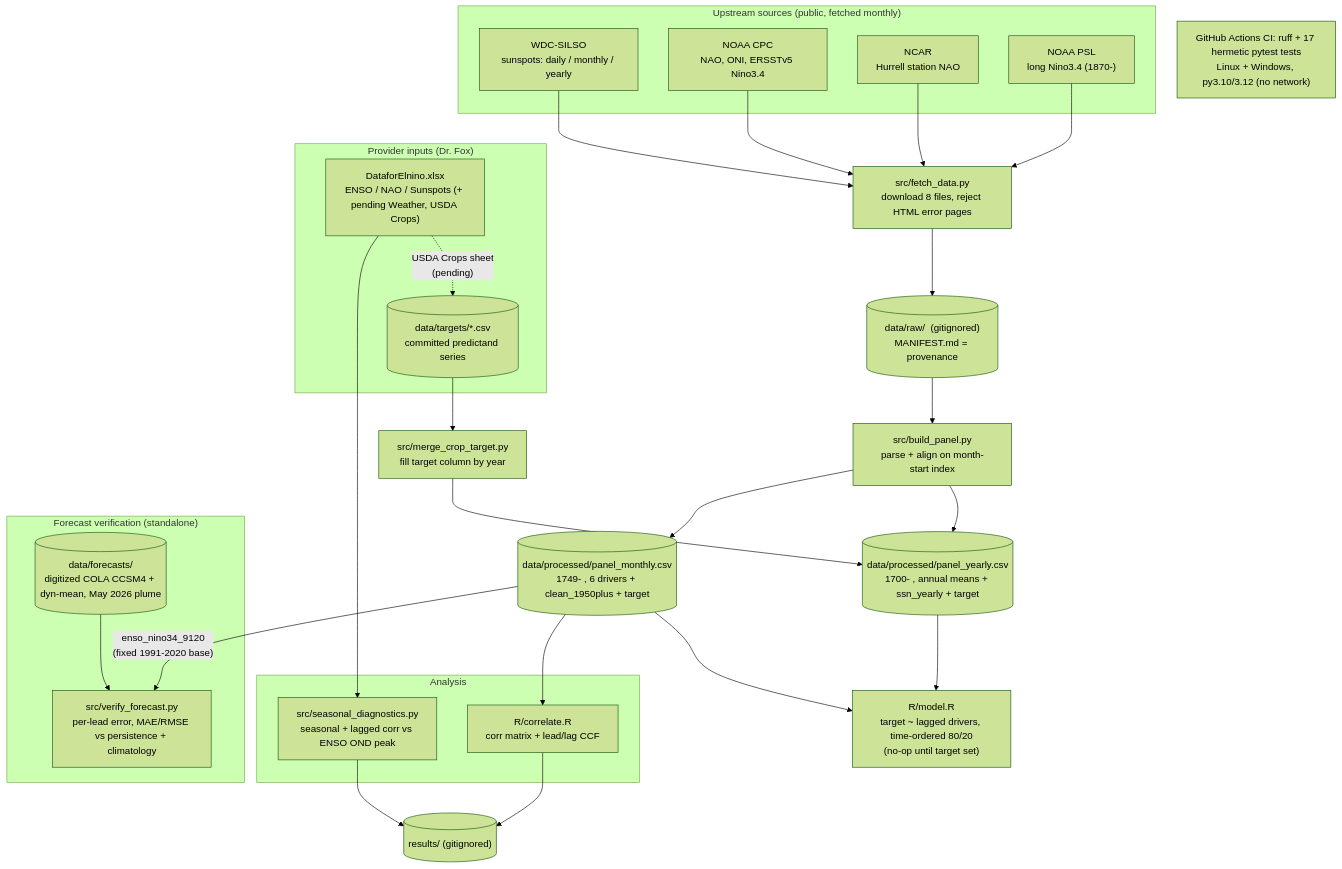
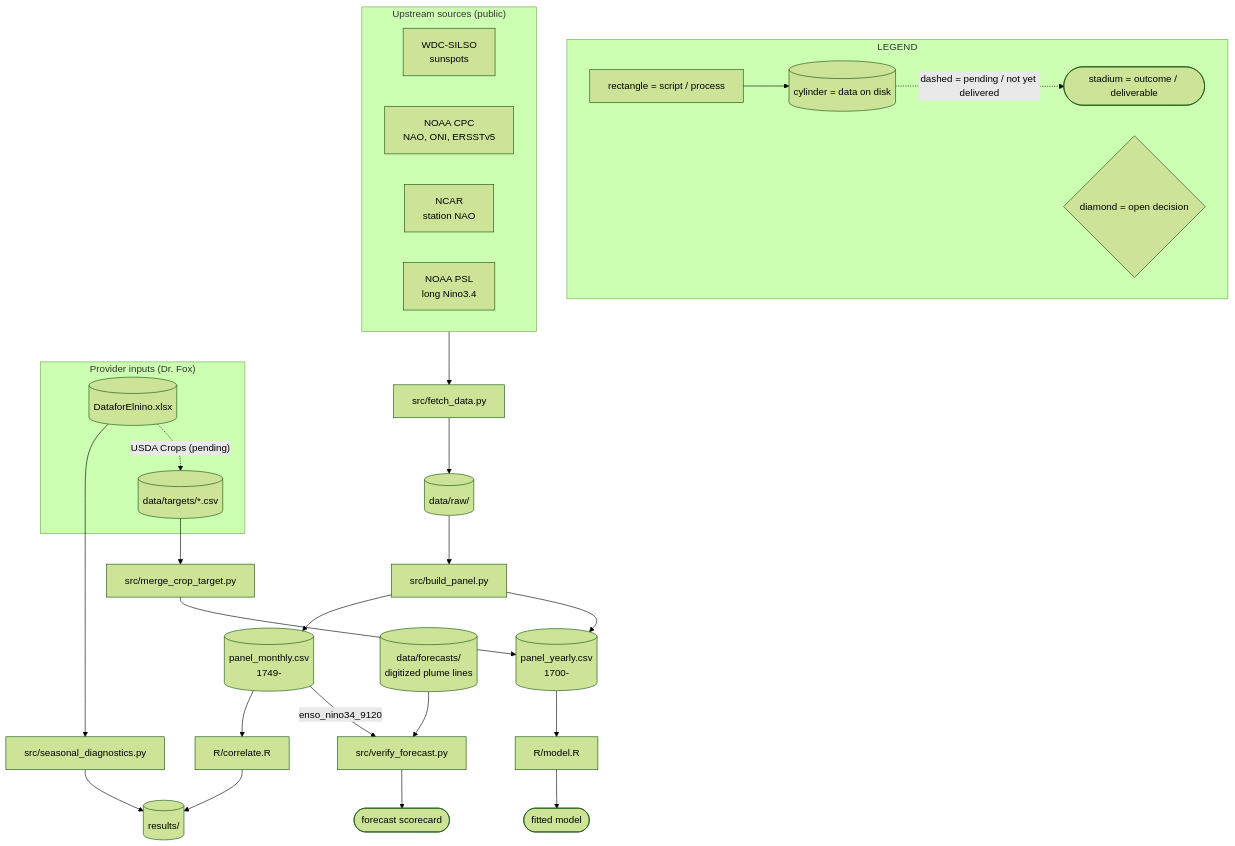
One commit to wbp318/el-nino-26 changed the first of 2 diagrams in README.md. Above: the diagram before and after it, drawn with Mermaid (forest theme). The commit also changed other lines of this file, not shown here.

Commit message:
README: add legends to both Mermaid diagrams, shorten labels for readability

````diff
--- a/README.md
+++ b/README.md
@@ -86,47 +86,52 @@
 ```mermaid
 flowchart TB
-    subgraph sources["Upstream sources (public, fetched monthly)"]
-        SILSO["WDC-SILSO<br/>sunspots: daily / monthly / yearly"]
-        CPC["NOAA CPC<br/>NAO, ONI, ERSSTv5 Nino3.4"]
-        NCAR["NCAR<br/>Hurrell station NAO"]
-        PSL["NOAA PSL<br/>long Nino3.4 (1870-)"]
+    subgraph legend["LEGEND"]
+        direction LR
+        L1["rectangle = script / process"]
+        L2[("cylinder = data on disk")]
+        L3(["stadium = outcome / deliverable"])
+        L4{"diamond = open decision"}
+        L1 --> L2
+        L2 -.->|"dashed = pending / not yet delivered"| L3
     end
 
-    FETCH["src/fetch_data.py<br/>download 8 files, reject HTML error pages"]
-    RAW[("data/raw/  (gitignored)<br/>MANIFEST.md = provenance")]
-    BUILD["src/build_panel.py<br/>parse + align on month-start index"]
-    PM[("data/processed/panel_monthly.csv<br/>1749- , 6 drivers + clean_1950plus + target")]
-    PY[("data/processed/panel_yearly.csv<br/>1700- , annual means + ssn_yearly + target")]
+    subgraph sources["Upstream sources (public)"]
+        direction LR
+        SILSO["WDC-SILSO<br/>sunspots"]
+        CPC["NOAA CPC<br/>NAO, ONI, ERSSTv5"]
+        NCAR["NCAR<br/>station NAO"]
+        PSL["NOAA PSL<br/>long Nino3.4"]
+    end
+
+    FETCH["src/fetch_data.py"]
+    RAW[("data/raw/")]
+    BUILD["src/build_panel.py"]
+    PM[("panel_monthly.csv<br/>1749-")]
+    PY[("panel_yearly.csv<br/>1700-")]
 
     subgraph provider["Provider inputs (Dr. Fox)"]
-        XLSX["DataforElnino.xlsx<br/>ENSO / NAO / Sunspots (+ pending Weather, USDA Crops)"]
-        TGT[("data/targets/*.csv<br/>committed predictand series")]
+        XLSX[("DataforElnino.xlsx")]
+        TGT[("data/targets/*.csv")]
     end
 
-    subgraph analysis["Analysis"]
-        CORR["R/correlate.R<br/>corr matrix + lead/lag CCF"]
-        DIAG["src/seasonal_diagnostics.py<br/>seasonal + lagged corr vs ENSO OND peak"]
-    end
+    CORR["R/correlate.R"]
+    DIAG["src/seasonal_diagnostics.py"]
+    FCSV[("data/forecasts/<br/>digitized plume lines")]
+    VERIFY["src/verify_forecast.py"]
+    MERGE["src/merge_crop_target.py"]
+    MODEL["R/model.R"]
+    RES[("results/")]
+    OUT(["forecast scorecard"])
+    FIT(["fitted model"])
 
-    subgraph verification["Forecast verification (standalone)"]
-        FCSV[("data/forecasts/<br/>digitized COLA CCSM4 + dyn-mean, May 2026 plume")]
-        VERIFY["src/verify_forecast.py<br/>per-lead error, MAE/RMSE vs persistence + climatology"]
-    end
-
-    MERGE["src/merge_crop_target.py<br/>fill target column by year"]
-    MODEL["R/model.R<br/>target ~ lagged drivers, time-ordered 80/20<br/>(no-op until target set)"]
-    RES[("results/  (gitignored)")]
-
-    SILSO & CPC & NCAR & PSL --> FETCH --> RAW --> BUILD
-    BUILD --> PM & PY
+    sources --> FETCH --> RAW --> BUILD
+    BUILD --> PM
+    BUILD --> PY
     PM --> CORR --> RES
     XLSX --> DIAG --> RES
-    PM -- "enso_nino34_9120<br/>(fixed 1991-2020 base)" --> VERIFY
-    FCSV --> VERIFY
-    XLSX -. "USDA Crops sheet<br/>(pending)" .-> TGT
+    PM -->|"enso_nino34_9120"| VERIFY
+    FCSV --> VERIFY --> OUT
+    XLSX -.->|"USDA Crops (pending)"| TGT
     TGT --> MERGE --> PY
-    PY --> MODEL
-    PM --> MODEL
-
-    CI["GitHub Actions CI: ruff + 17 hermetic pytest tests<br/>Linux + Windows, py3.10/3.12 (no network)"]
+    PY --> MODEL --> FIT
 ```
````
